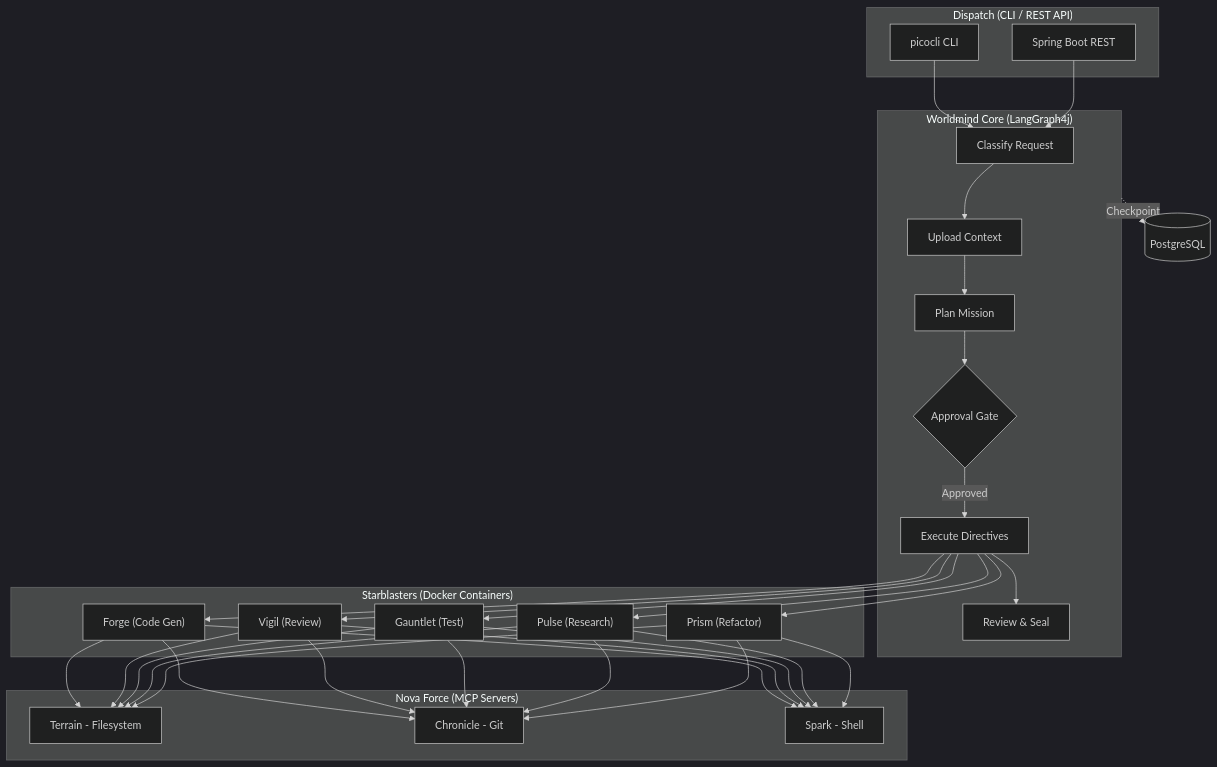
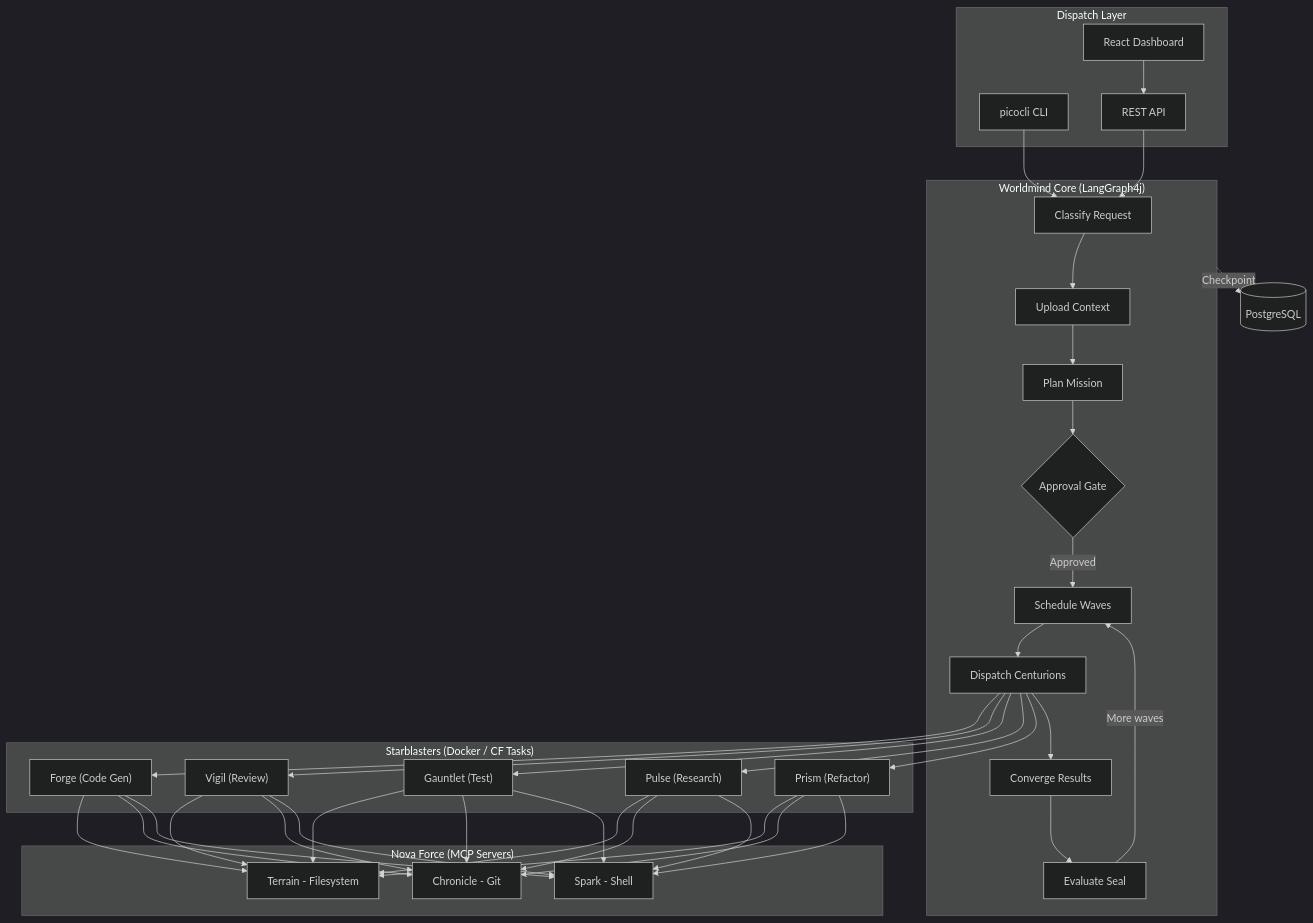
Before and after one commit to dbbaskette/Worldmind: the diagram in README.md, drawn with Mermaid (dark theme). The commit also changed other lines of this file, not shown here.

````diff
--- a/README.md
+++ b/README.md
@@ -38,41 +43,47 @@
 ```mermaid
 flowchart TB
-    subgraph Dispatch["Dispatch (CLI / REST API)"]
+    subgraph Dispatch["Dispatch Layer"]
         CLI[picocli CLI]
-        REST[Spring Boot REST]
+        REST[REST API]
+        UI[React Dashboard]
     end
 
     subgraph Core["Worldmind Core (LangGraph4j)"]
         Classify[Classify Request]
         Upload[Upload Context]
         Plan[Plan Mission]
         Approve{Approval Gate}
-        Execute[Execute Directives]
-        Review[Review & Seal]
+        Schedule[Schedule Waves]
+        Execute[Dispatch Centurions]
+        Converge[Converge Results]
+        Review[Evaluate Seal]
     end
 
-    subgraph Starblasters["Starblasters (Docker Containers)"]
+    subgraph Starblasters["Starblasters (Docker / CF Tasks)"]
         Forge["Forge (Code Gen)"]
         Vigil["Vigil (Review)"]
         Gauntlet["Gauntlet (Test)"]
         Pulse["Pulse (Research)"]
         Prism["Prism (Refactor)"]
     end
 
     subgraph NovaForce["Nova Force (MCP Servers)"]
         Terrain[Terrain - Filesystem]
         Chronicle[Chronicle - Git]
         Spark[Spark - Shell]
     end
 
     DB[(PostgreSQL)]
 
     CLI --> Classify
     REST --> Classify
+    UI --> REST
     Classify --> Upload --> Plan --> Approve
-    Approve -->|Approved| Execute
+    Approve -->|Approved| Schedule
+    Schedule --> Execute
     Execute --> Forge & Vigil & Gauntlet & Pulse & Prism
     Forge & Vigil & Gauntlet & Pulse & Prism --> Terrain & Chronicle & Spark
-    Execute --> Review
+    Execute --> Converge --> Review
+    Review -->|More waves| Schedule
     Core -.->|Checkpoint| DB
 ```
````
